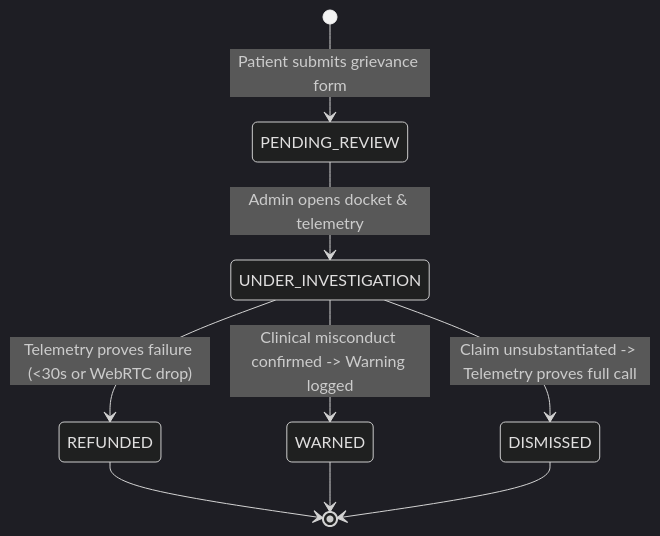
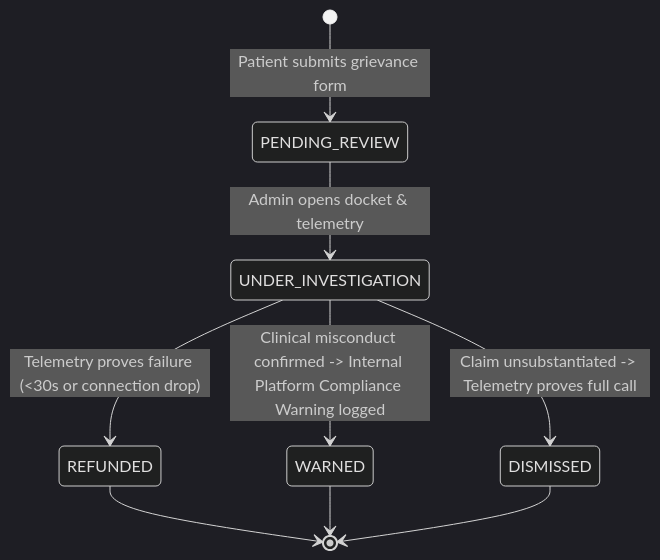
One commit to MeherabHS/hellodoctor changed the third of 5 diagrams in docs/STATE_MACHINES.md. Above: the diagram before and after it, drawn with Mermaid (dark theme). The commit also changed other lines of this file and 42 other files, not shown here.

````diff
--- a/docs/STATE_MACHINES.md
+++ b/docs/STATE_MACHINES.md
@@ -74,11 +74,11 @@
 ```mermaid
 stateDiagram-v2
     [*] --> PENDING_REVIEW: Patient submits grievance form
     PENDING_REVIEW --> UNDER_INVESTIGATION: Admin opens docket & telemetry
-    UNDER_INVESTIGATION --> REFUNDED: Telemetry proves failure (<30s or WebRTC drop)
-    UNDER_INVESTIGATION --> WARNED: Clinical misconduct confirmed -> Warning logged
+    UNDER_INVESTIGATION --> REFUNDED: Telemetry proves failure (<30s or connection drop)
+    UNDER_INVESTIGATION --> WARNED: Clinical misconduct confirmed -> Internal Platform Compliance Warning logged
     UNDER_INVESTIGATION --> DISMISSED: Claim unsubstantiated -> Telemetry proves full call
     REFUNDED --> [*]
     WARNED --> [*]
     DISMISSED --> [*]
 ```
````
